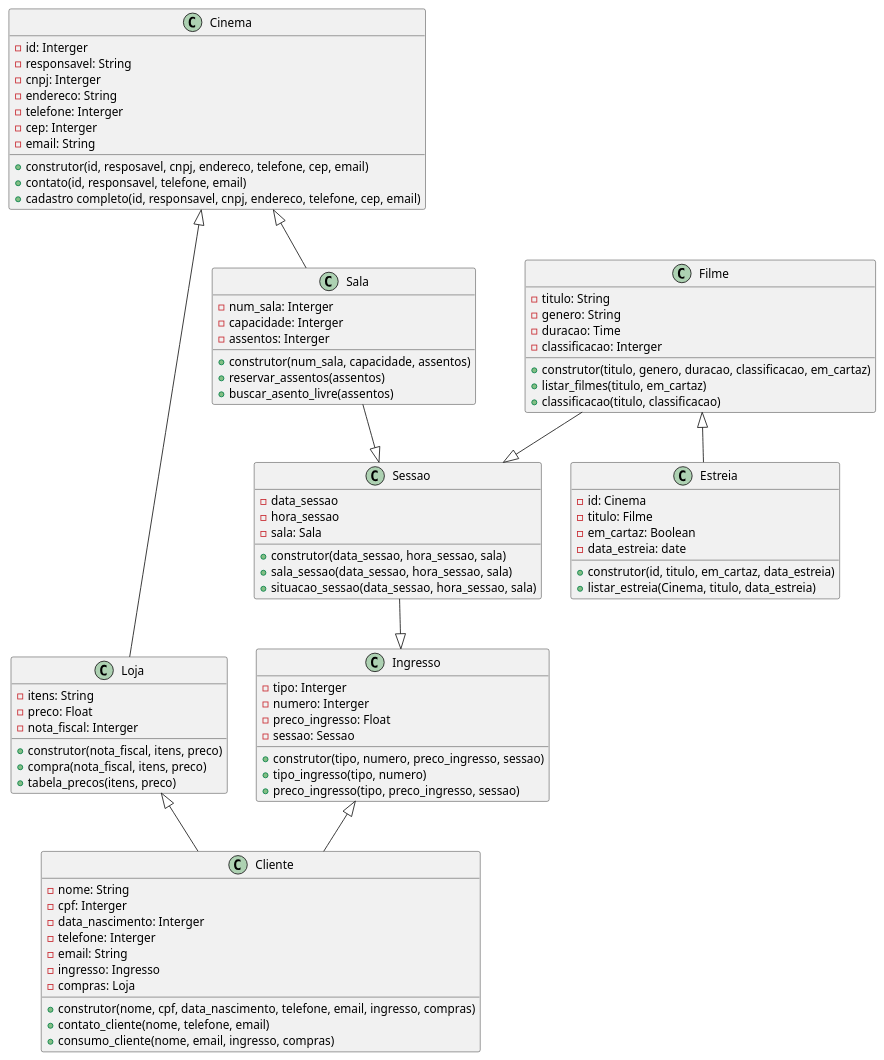
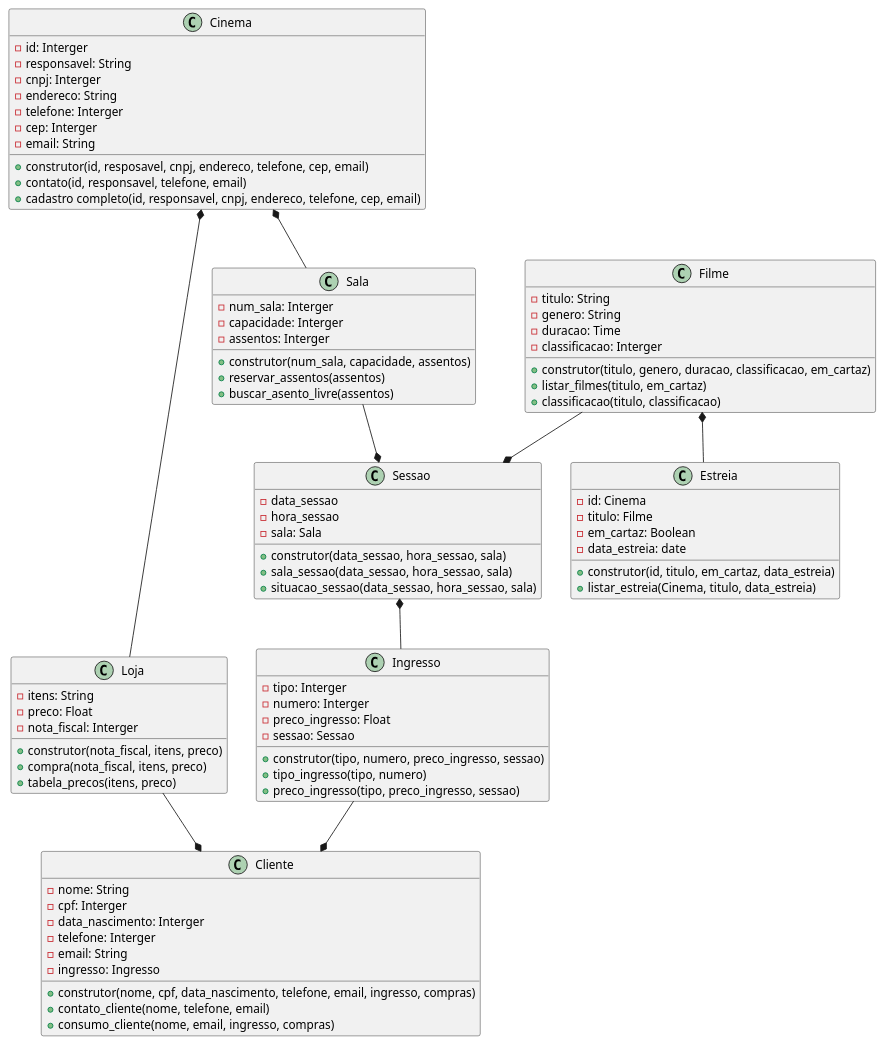
One commit to anleaes/2023-1-N1-POO-01 changed the diagram in cinema_grupo1.plantuml. Above: the diagram before and after it, drawn with PlantUML.

```diff
--- a/cinema_grupo1.plantuml
+++ b/cinema_grupo1.plantuml
@@ -1,93 +1,92 @@
 @startuml Diagrama Herança Cinema - Grupo 1
 
 class Cinema {
     - id: Interger
     - responsavel: String
     - cnpj: Interger 
     - endereco: String
     - telefone: Interger
     - cep: Interger
     - email: String
     + construtor(id, resposavel, cnpj, endereco, telefone, cep, email)
     + contato(id, responsavel, telefone, email)
     + cadastro completo(id, responsavel, cnpj, endereco, telefone, cep, email)
 }
 
 class Sala{
     - num_sala: Interger
     - capacidade: Interger
     - assentos: Interger
     + construtor(num_sala, capacidade, assentos)
     + reservar_assentos(assentos)
     + buscar_asento_livre(assentos)
 }
 
 class Sessao{
     - data_sessao
     - hora_sessao
     - sala: Sala
     + construtor(data_sessao, hora_sessao, sala)
     + sala_sessao(data_sessao, hora_sessao, sala)
     + situacao_sessao(data_sessao, hora_sessao, sala)      
 }
 
 class Loja{
     - itens: String
     - preco: Float
     - nota_fiscal: Interger
     + construtor(nota_fiscal, itens, preco)
     + compra(nota_fiscal, itens, preco)
     + tabela_precos(itens, preco)
 }
 
 class Ingresso{
     - tipo: Interger
     - numero: Interger
     - preco_ingresso: Float
     - sessao: Sessao
     + construtor(tipo, numero, preco_ingresso, sessao)
     + tipo_ingresso(tipo, numero)
     + preco_ingresso(tipo, preco_ingresso, sessao)
 }
 
 class Cliente{
     - nome: String
     - cpf: Interger
     - data_nascimento: Interger
     - telefone: Interger
     - email: String
     - ingresso: Ingresso
-    - compras: Loja
     + construtor(nome, cpf, data_nascimento, telefone, email, ingresso, compras)
     + contato_cliente(nome, telefone, email)
     + consumo_cliente(nome, email, ingresso, compras)    
 }
 
 class Filme{
     - titulo: String
     - genero: String
     - duracao: Time
     - classificacao: Interger
     + construtor(titulo, genero, duracao, classificacao, em_cartaz)
     + listar_filmes(titulo, em_cartaz)
     + classificacao(titulo, classificacao)
 }
 
 class Estreia {
     - id: Cinema
     - titulo: Filme
     - em_cartaz: Boolean
     - data_estreia: date
     + construtor(id, titulo, em_cartaz, data_estreia)
     + listar_estreia(Cinema, titulo, data_estreia)
 }
 
-Cinema <|-- Sala
-Sala --|> Sessao
-Filme --|> Sessao
-Filme <|-- Estreia
-Ingresso <|-- Cliente
-Cinema <|-- Loja
-Loja <|-- Cliente
-Sessao --|> Ingresso
+Cinema *-- Sala
+Sala --* Sessao
+Filme --* Sessao
+Filme *-- Estreia
+Ingresso --* Cliente
+Cinema *-- Loja
+Loja --* Cliente
+Sessao *-- Ingresso
 @enduml
```
